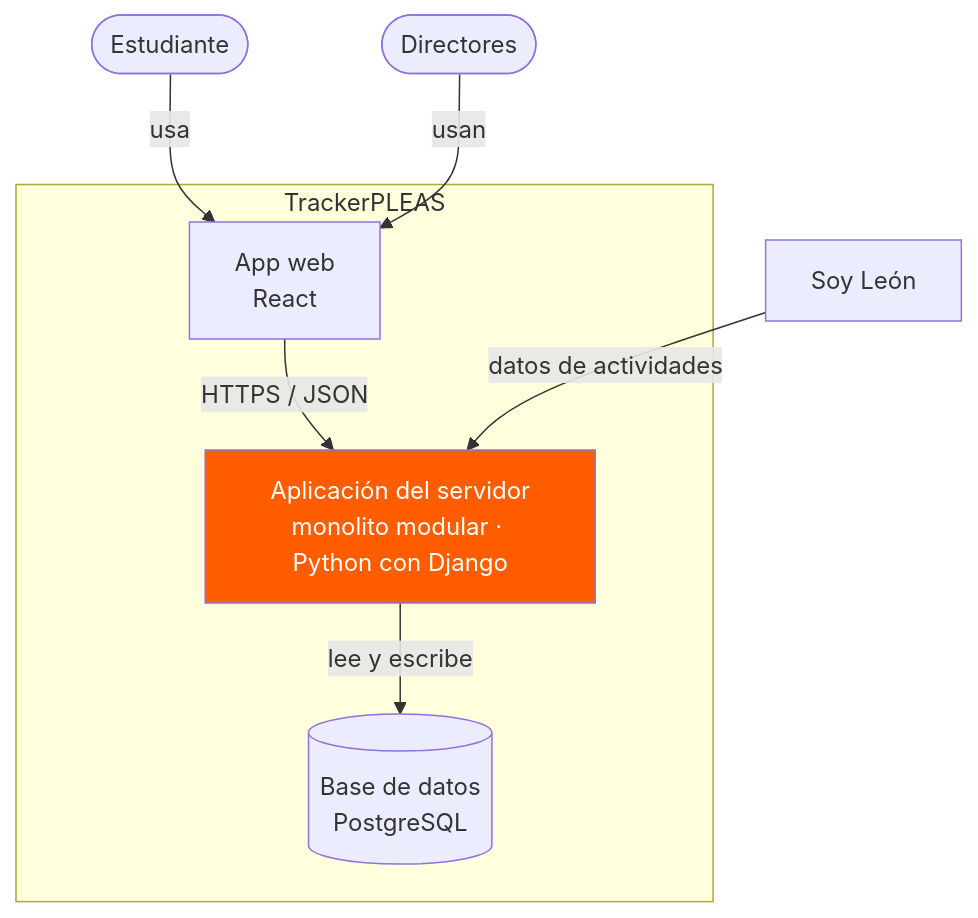
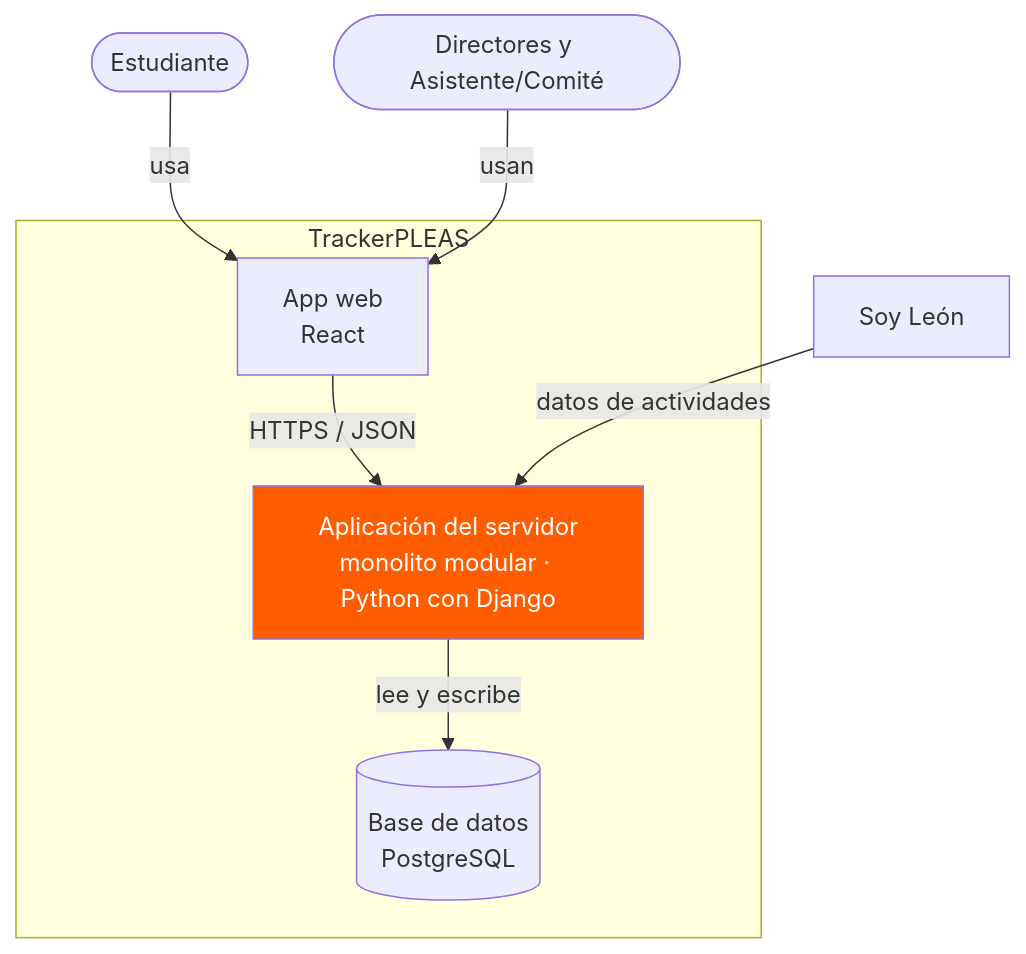
The second of 3 diagrams in docs/arch/diagramas-sistema.md (Victorflores06/PLEAS-Tracker-), drawn with Mermaid before and after one commit. The commit also changed other lines of this file, not shown here.

Commit message:
Update system diagrams with role changes

````diff
--- a/docs/arch/diagramas-sistema.md
+++ b/docs/arch/diagramas-sistema.md
@@ -25,21 +25,21 @@
 ```mermaid
 flowchart TD
     est([Estudiante])
-    dir([Directores])
+    dir([Directores y Asistente/Comité])
 
     subgraph sistema[TrackerPLEAS]
         web["App web<br/>React"]
         app["Aplicación del servidor<br/>monolito modular · Python con Django"]
         db[("Base de datos<br/>PostgreSQL")]
     end
 
     soy[Soy León]
 
     est -->|usa| web
     dir -->|usan| web
     web -->|HTTPS / JSON| app
     app -->|lee y escribe| db
     soy -->|datos de actividades| app
 
     style app fill:#ff5d00,color:#fff
 ```
````
